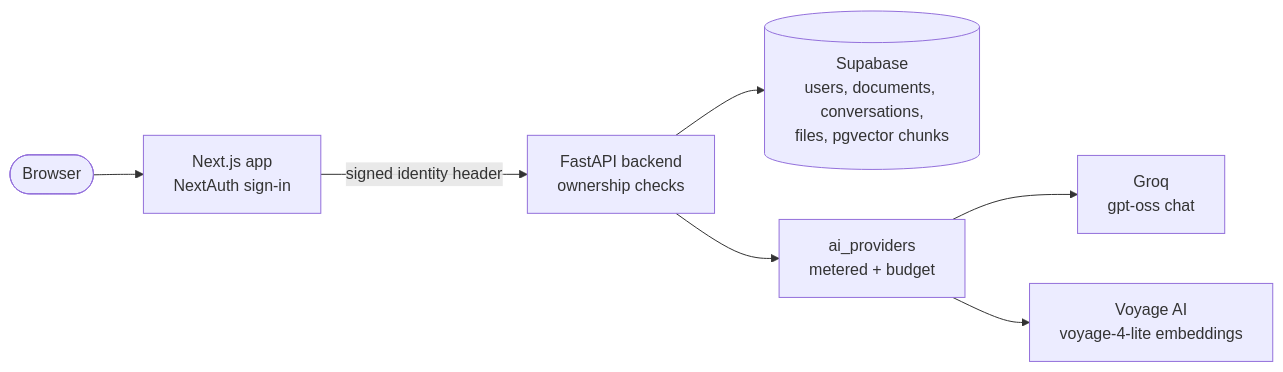
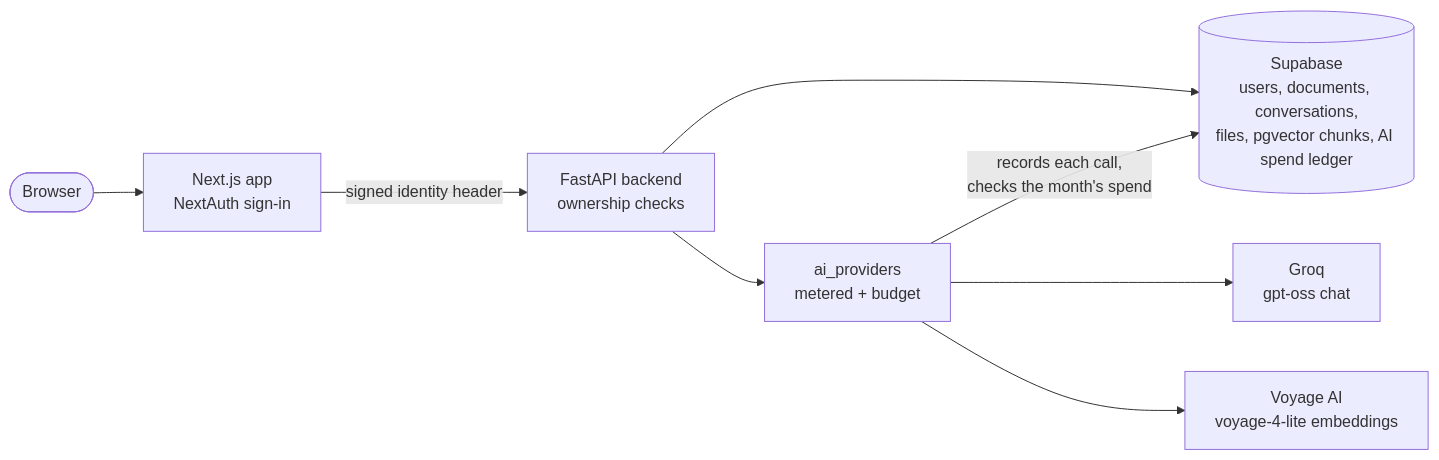
One commit to BilalIrfanContact/AskMyDoc changed the fourth of 4 diagrams in README.md. Above: the diagram before and after it, drawn with Mermaid.

Commit message:
Show the spend ledger in Supabase on the README architecture diagram

````diff
--- a/README.md
+++ b/README.md
@@ -268,9 +268,10 @@
 ```mermaid
 flowchart LR
     U([Browser]) --> FE["Next.js app<br/>NextAuth sign-in"]
     FE -- "signed identity header" --> BE["FastAPI backend<br/>ownership checks"]
-    BE --> SB[("Supabase<br/>users, documents, conversations,<br/>files, pgvector chunks")]
+    BE --> SB[("Supabase<br/>users, documents, conversations,<br/>files, pgvector chunks, AI spend ledger")]
     BE --> AI["ai_providers<br/>metered + budget"]
+    AI -- "records each call,<br/>checks the month's spend" --> SB
     AI --> GQ["Groq<br/>gpt-oss chat"]
     AI --> VY["Voyage AI<br/>voyage-4-lite embeddings"]
 ```
````
